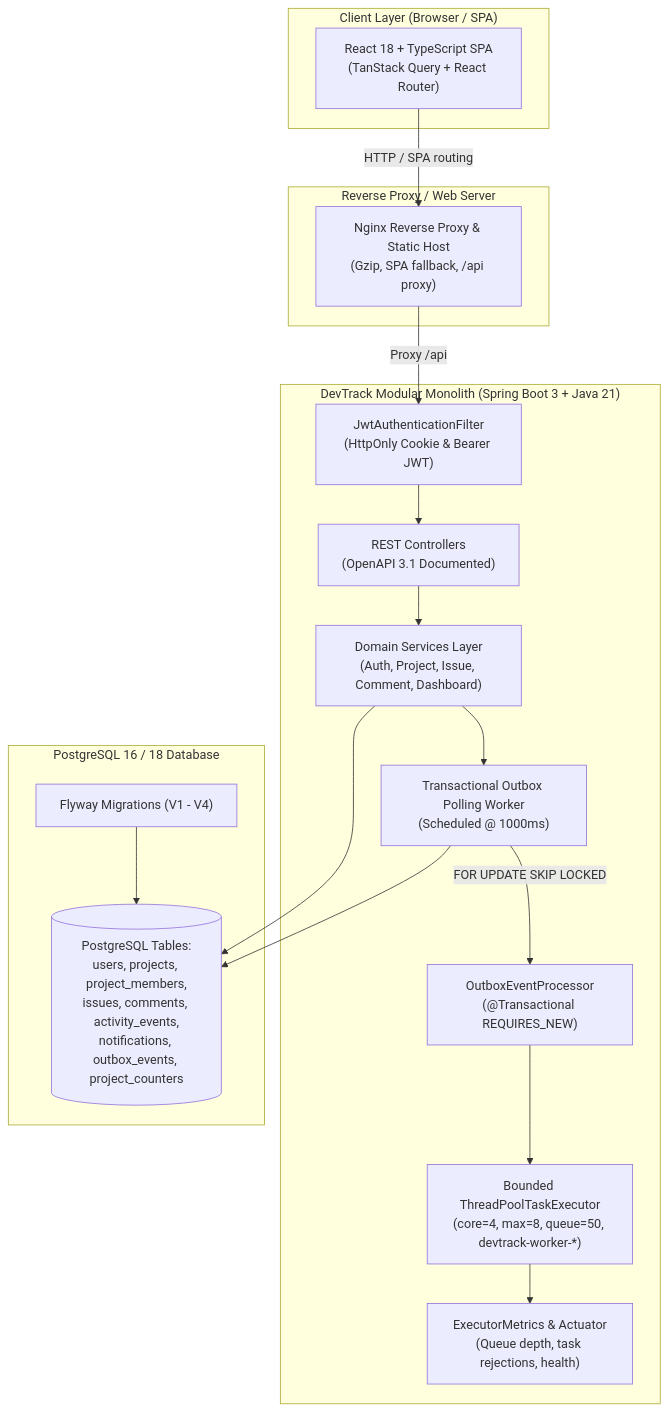
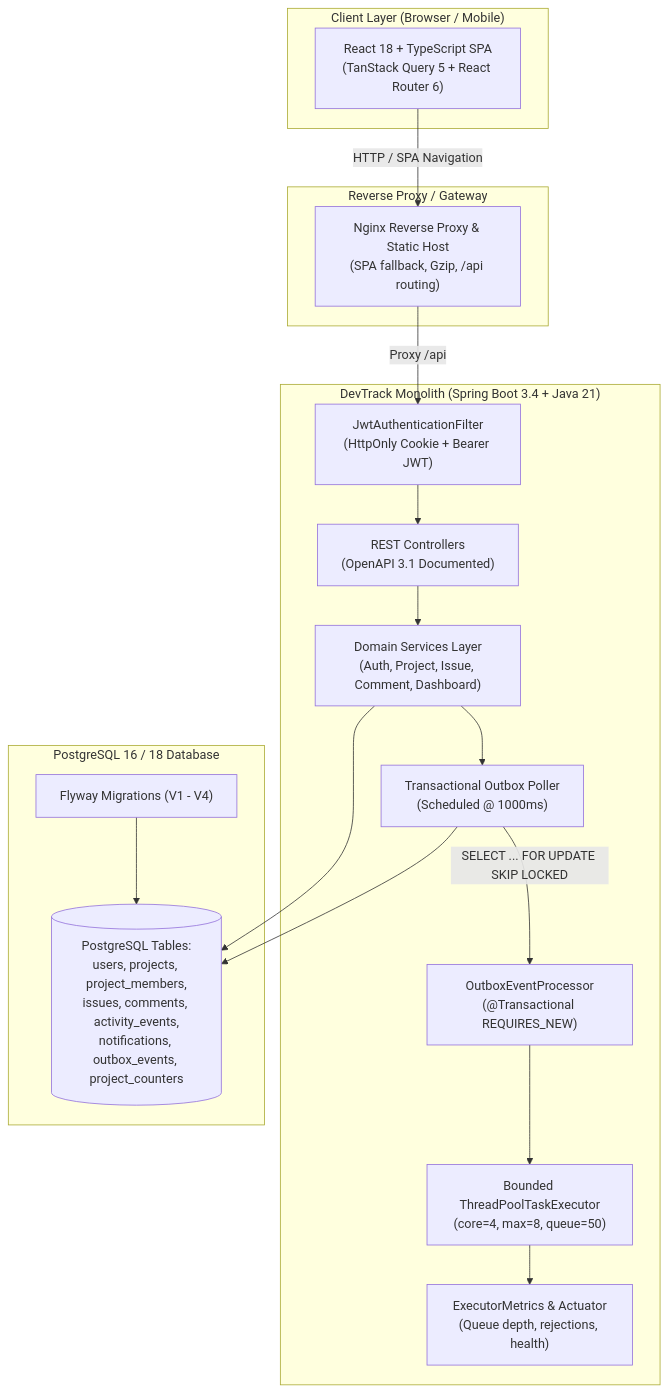
One commit to PrithviRajVerma/DevTrack changed the first of 3 diagrams in README.md. Above: the diagram before and after it, drawn with Mermaid. The commit also changed other lines of this file, not shown here.

````diff
--- a/README.md
+++ b/README.md
@@ -33,39 +54,39 @@
 ```mermaid
 graph TD
-    subgraph Client ["Client Layer (Browser / SPA)"]
-        ReactApp["React 18 + TypeScript SPA<br/>(TanStack Query + React Router)"]
+    subgraph Client ["Client Layer (Browser / Mobile)"]
+        SPA["React 18 + TypeScript SPA<br/>(TanStack Query 5 + React Router 6)"]
     end
 
-    subgraph Gateway ["Reverse Proxy / Web Server"]
-        Nginx["Nginx Reverse Proxy & Static Host<br/>(Gzip, SPA fallback, /api proxy)"]
-        ReactApp -->|HTTP / SPA routing| Nginx
+    subgraph Gateway ["Reverse Proxy / Gateway"]
+        Nginx["Nginx Reverse Proxy & Static Host<br/>(SPA fallback, Gzip, /api routing)"]
+        SPA -->|HTTP / SPA Navigation| Nginx
     end
 
-    subgraph Backend ["DevTrack Modular Monolith (Spring Boot 3 + Java 21)"]
-        SecFilter["JwtAuthenticationFilter<br/>(HttpOnly Cookie & Bearer JWT)"]
+    subgraph Backend ["DevTrack Monolith (Spring Boot 3.4 + Java 21)"]
+        SecFilter["JwtAuthenticationFilter<br/>(HttpOnly Cookie + Bearer JWT)"]
         Controllers["REST Controllers<br/>(OpenAPI 3.1 Documented)"]
         Services["Domain Services Layer<br/>(Auth, Project, Issue, Comment, Dashboard)"]
-        Metrics["ExecutorMetrics & Actuator<br/>(Queue depth, task rejections, health)"]
         
-        ThreadPool["Bounded ThreadPoolTaskExecutor<br/>(core=4, max=8, queue=50, devtrack-worker-*)"]
-        OutboxPoller["Transactional Outbox Polling Worker<br/>(Scheduled @ 1000ms)"]
-        OutboxProcessor["OutboxEventProcessor<br/>(@Transactional REQUIRES_NEW)"]
-        
+        OutboxPoller["Transactional Outbox Poller<br/>(Scheduled @ 1000ms)"]
+        OutboxProc["OutboxEventProcessor<br/>(@Transactional REQUIRES_NEW)"]
+        ThreadPool["Bounded ThreadPoolTaskExecutor<br/>(core=4, max=8, queue=50)"]
+        Metrics["ExecutorMetrics & Actuator<br/>(Queue depth, rejections, health)"]
+
         Nginx -->|Proxy /api| SecFilter
         SecFilter --> Controllers
         Controllers --> Services
         Services --> OutboxPoller
-        OutboxPoller -->|FOR UPDATE SKIP LOCKED| OutboxProcessor
-        OutboxProcessor --> ThreadPool
+        OutboxPoller -->|SELECT ... FOR UPDATE SKIP LOCKED| OutboxProc
+        OutboxProc --> ThreadPool
         ThreadPool --> Metrics
     end
 
     subgraph Database ["PostgreSQL 16 / 18 Database"]
         Flyway["Flyway Migrations (V1 - V4)"]
         Tables[("PostgreSQL Tables:<br/>users, projects, project_members,<br/>issues, comments, activity_events,<br/>notifications, outbox_events, project_counters")]
         
         Flyway --> Tables
         Services --> Tables
         OutboxPoller --> Tables
     end
 ```
````
